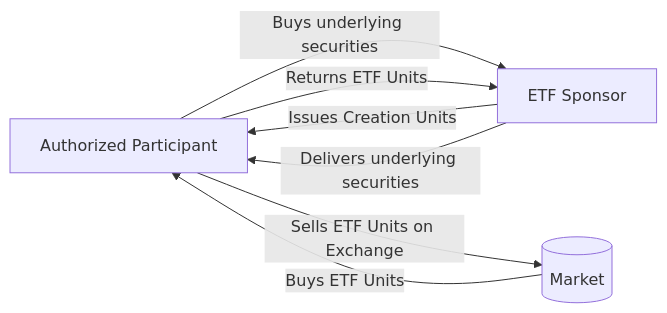
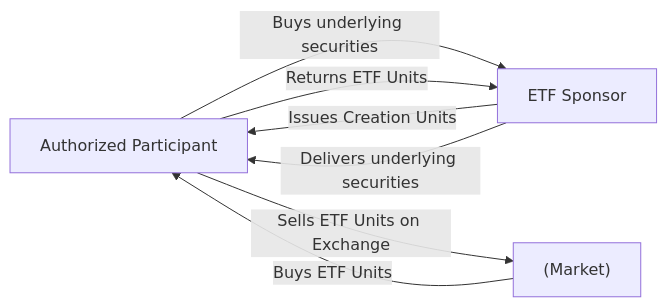
One commit to MasteryEducation/SecuritiesExamsMastery.ca changed the diagram in content/csc/19/2/index.md. Above: the diagram before and after it, drawn with Mermaid. The commit also changed 58 other files, not shown here.

````diff
--- a/content/csc/19/2/index.md
+++ b/content/csc/19/2/index.md
@@ -67,10 +67,10 @@
 ```mermaid
 flowchart LR
     A[Authorized Participant] -->|Buys underlying securities| B[ETF Sponsor]
     B --> |Issues Creation Units| A
-    A --> |Sells ETF Units on Exchange| C[(Market)]
+    A --> |Sells ETF Units on Exchange| C["(Market)"]
 
     C --> |Buys ETF Units| A
     A --> |Returns ETF Units| B
     B --> |Delivers underlying securities| A
 ```
````
